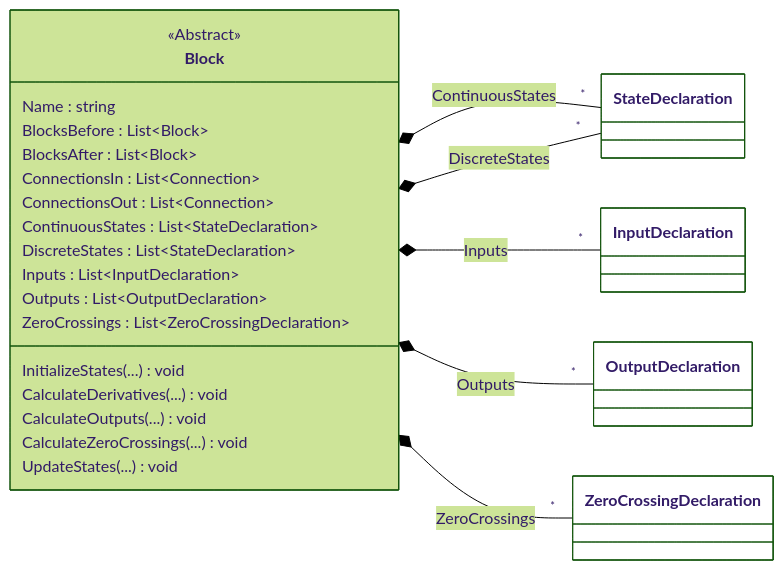
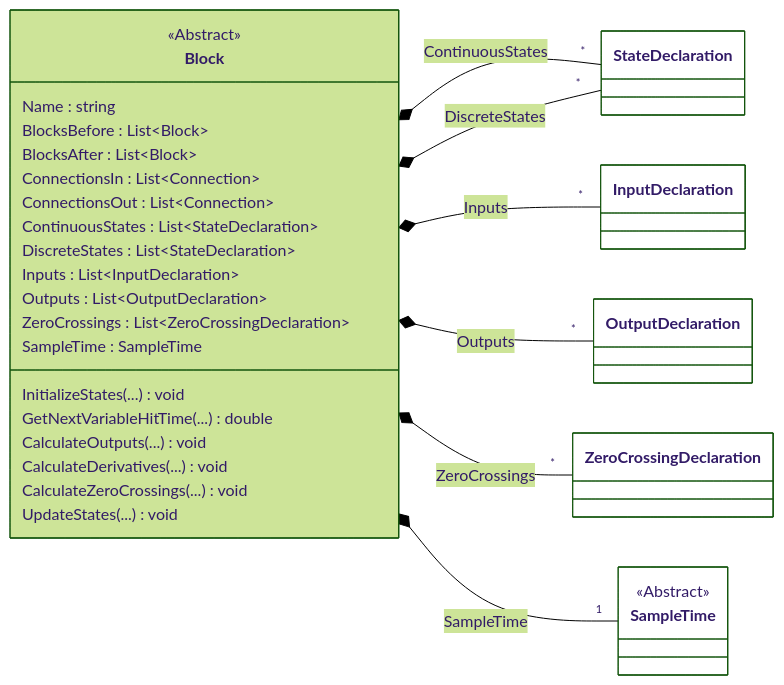
Before and after one commit to ghackenberg/kurs-computer-simulation: the diagram in Quellen/WS25/SFunctionHybrid/Block.mmd, drawn with Mermaid (forest theme). The commit also changed 3 other files, not shown here.

Commit message:
work on uml diagrams for hybrid models

```diff
--- a/Quellen/WS25/SFunctionHybrid/Block.mmd
+++ b/Quellen/WS25/SFunctionHybrid/Block.mmd
@@ -1,45 +1,53 @@
 classDiagram
 
     direction LR
 
     class Block {
         <<Abstract>>
         Name : string
         BlocksBefore : List~Block~
         BlocksAfter : List~Block~
         ConnectionsIn : List~Connection~
         ConnectionsOut : List~Connection~
         ContinuousStates : List~StateDeclaration~
         DiscreteStates : List~StateDeclaration~
         Inputs : List~InputDeclaration~
         Outputs : List~OutputDeclaration~
         ZeroCrossings : List~ZeroCrossingDeclaration~
+        SampleTime : SampleTime
         InitializeStates(...) void
+        GetNextVariableHitTime(...) double
+        CalculateOutputs(...) void
         CalculateDerivatives(...) void
-        CalculateOutputs(...) void
         CalculateZeroCrossings(...) void
         UpdateStates(...) void
     }
 
     class StateDeclaration {
     }
 
     class InputDeclaration {
     }
 
     class OutputDeclaration {
     }
 
     class ZeroCrossingDeclaration {
     }
+    
+    class SampleTime {
+        <<Abstract>>
+    }
 
     Block *-- "*" StateDeclaration : ContinuousStates
     Block *-- "*" StateDeclaration : DiscreteStates
     Block *-- "*" InputDeclaration : Inputs
     Block *-- "*" OutputDeclaration : Outputs
     Block *-- "*" ZeroCrossingDeclaration : ZeroCrossings
+    Block *-- "1" SampleTime : SampleTime
 
     style StateDeclaration fill:white
     style InputDeclaration fill:white
     style OutputDeclaration fill:white
     style ZeroCrossingDeclaration fill:white
+    style SampleTime fill:white
```
